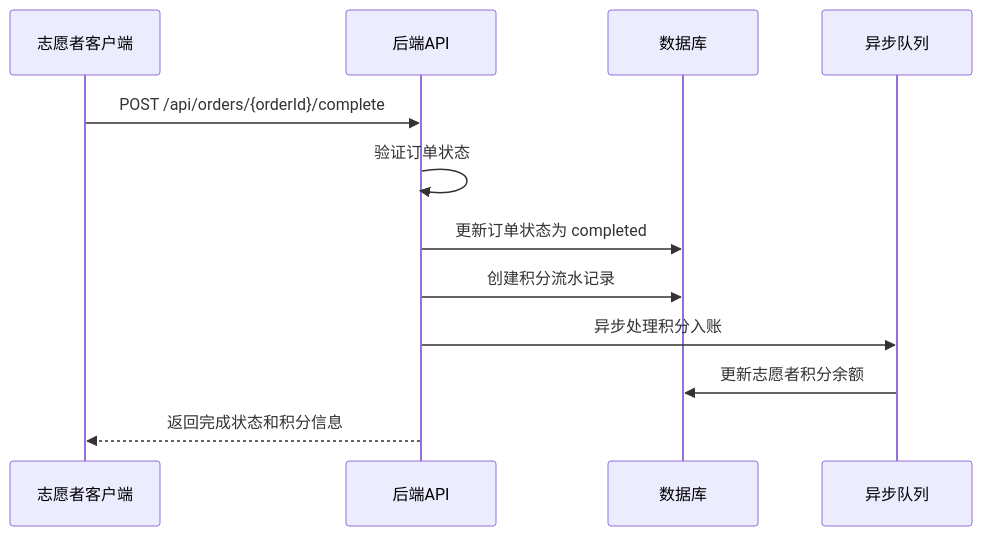
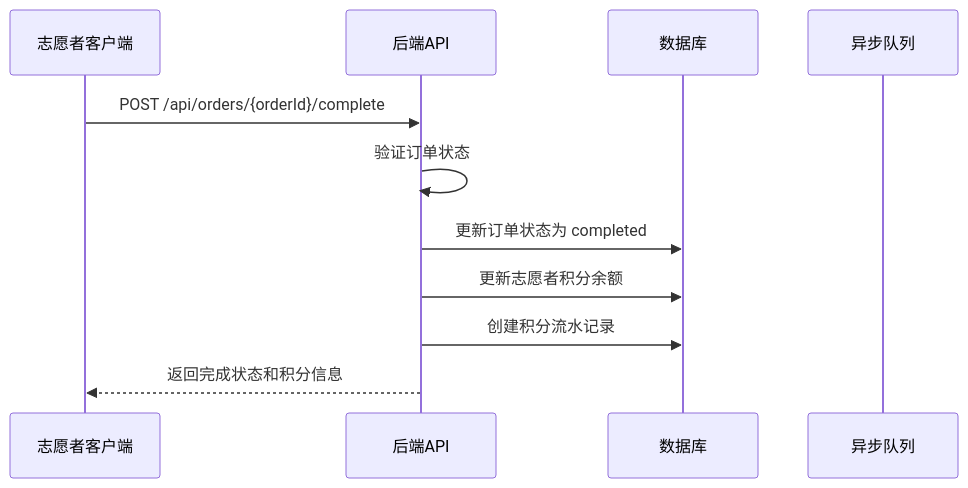
The fourth of 16 diagrams in .qoder/repowiki/zh/content/核心功能模块/志愿者积分系统.md (Jayden23018/blind-run-ios), drawn with Mermaid before and after one commit. The commit also changed other lines of this file and 8 other files, not shown here.

````diff
--- a/.qoder/repowiki/zh/content/核心功能模块/志愿者积分系统.md
+++ b/.qoder/repowiki/zh/content/核心功能模块/志愿者积分系统.md
@@ -122,14 +157,13 @@
 ```mermaid
 sequenceDiagram
 participant Client as 志愿者客户端
 participant API as 后端API
 participant DB as 数据库
 participant Queue as 异步队列
 Client->>API : POST /api/orders/{orderId}/complete
 API->>API : 验证订单状态
 API->>DB : 更新订单状态为 completed
+API->>DB : 更新志愿者积分余额
 API->>DB : 创建积分流水记录
-API->>Queue : 异步处理积分入账
-Queue->>DB : 更新志愿者积分余额
 API-->>Client : 返回完成状态和积分信息
 ```
````
